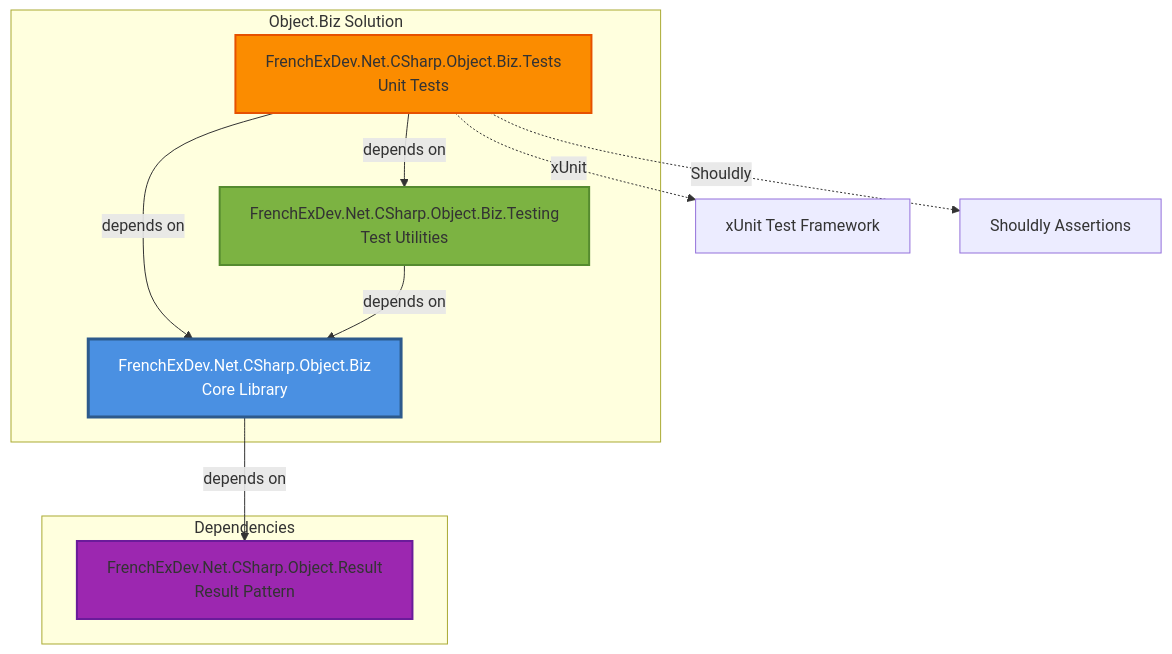
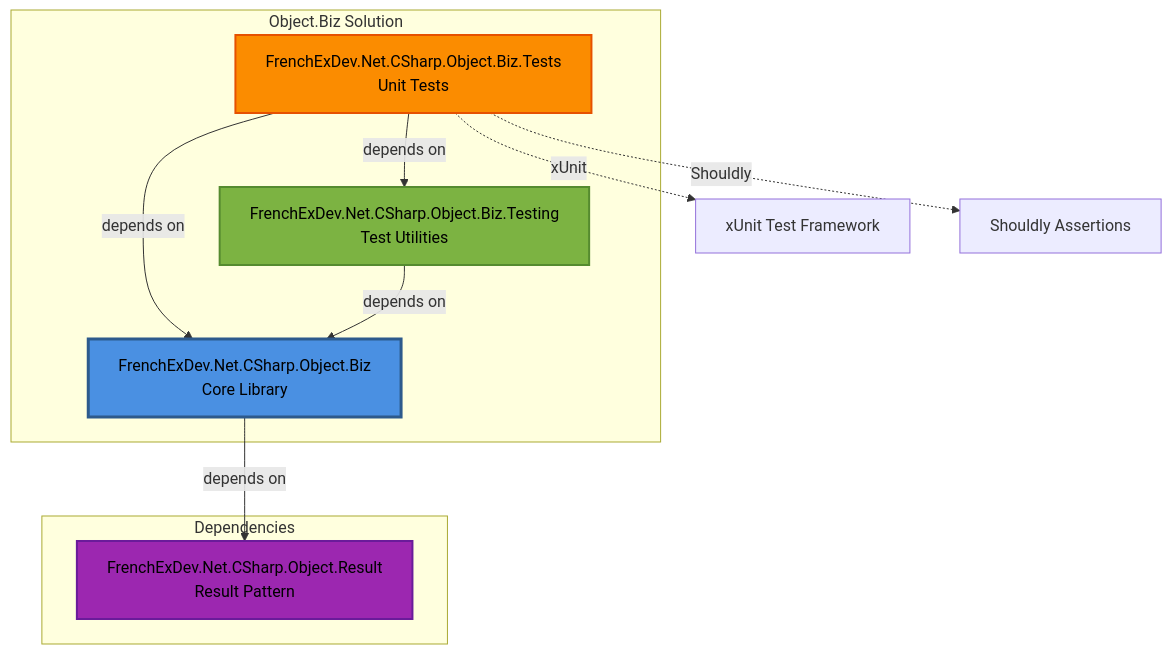
The first of 6 diagrams in Object.Biz/doc/ARCHITECTURE.md (FrenchExDev/FrenchExDev.Net), drawn with Mermaid before and after one commit. The commit also changed other lines of this file and 1 other file, not shown here.

````diff
--- a/Object.Biz/doc/ARCHITECTURE.md
+++ b/Object.Biz/doc/ARCHITECTURE.md
@@ -36,25 +36,25 @@
 ```mermaid
 graph TD
     subgraph "Object.Biz Solution"
         Core[FrenchExDev.Net.CSharp.Object.Biz<br/>Core Library]
         Testing[FrenchExDev.Net.CSharp.Object.Biz.Testing<br/>Test Utilities]
         Tests[FrenchExDev.Net.CSharp.Object.Biz.Tests<br/>Unit Tests]
     end
     
     subgraph "Dependencies"
         Result[FrenchExDev.Net.CSharp.Object.Result<br/>Result Pattern]
     end
     
     Tests -->|depends on| Core
     Tests -->|depends on| Testing
     Testing -->|depends on| Core
     Core -->|depends on| Result
     
     Tests -.->|xUnit| TestFramework[xUnit Test Framework]
     Tests -.->|Shouldly| Assertions[Shouldly Assertions]
     
-    style Core fill:#4a90e2,stroke:#2d5a8c,stroke-width:3px,color:#fff
-    style Testing fill:#7cb342,stroke:#558b2f,stroke-width:2px
-    style Tests fill:#fb8c00,stroke:#e65100,stroke-width:2px
-    style Result fill:#9c27b0,stroke:#6a1b9a,stroke-width:2px
+    style Core fill:#4a90e2,stroke:#2d5a8c,stroke-width:3px,color:#000
+    style Testing fill:#7cb342,stroke:#558b2f,stroke-width:2px,color:#000
+    style Tests fill:#fb8c00,stroke:#e65100,stroke-width:2px,color:#000
+    style Result fill:#9c27b0,stroke:#6a1b9a,stroke-width:2px,color:#000
 ```
````
